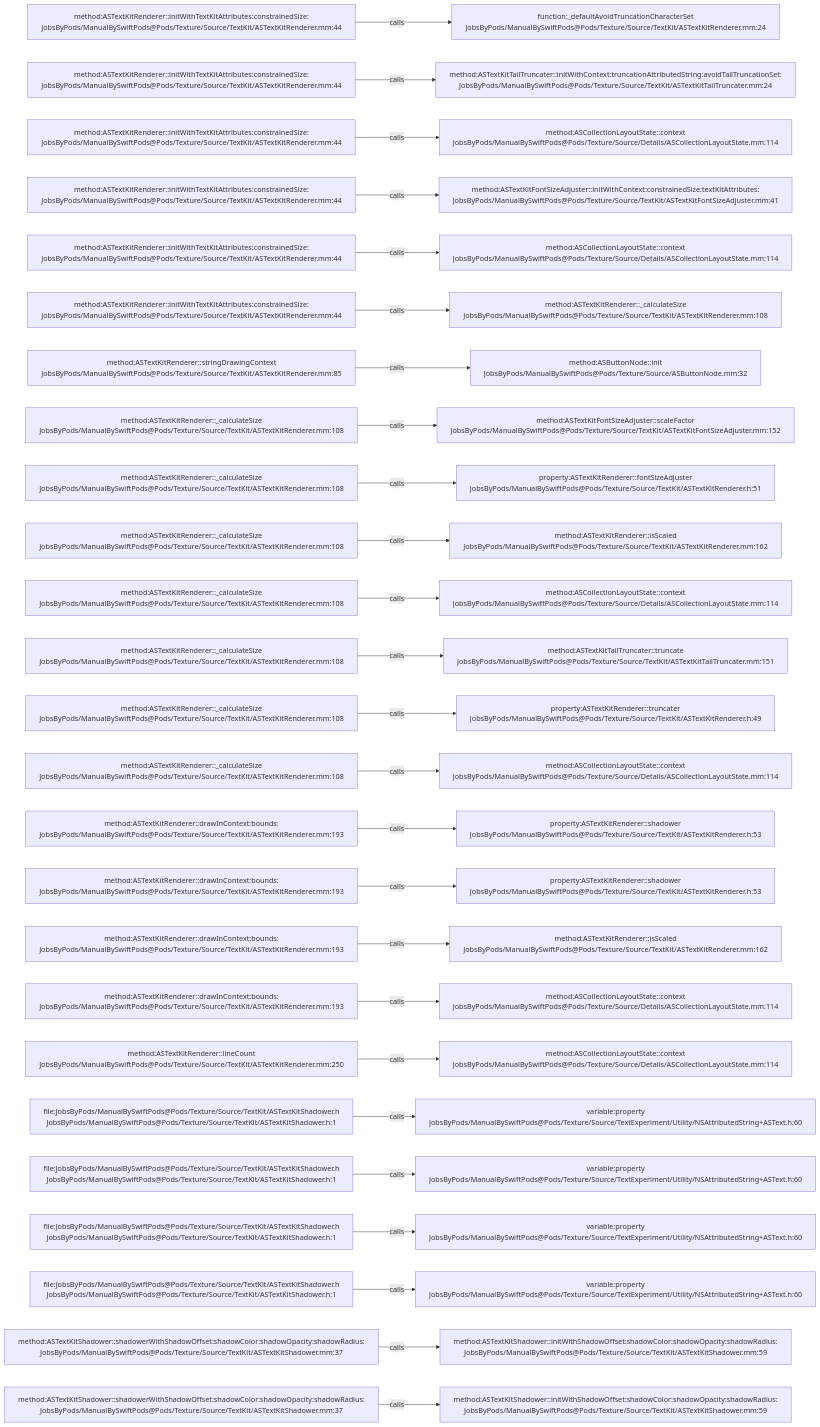
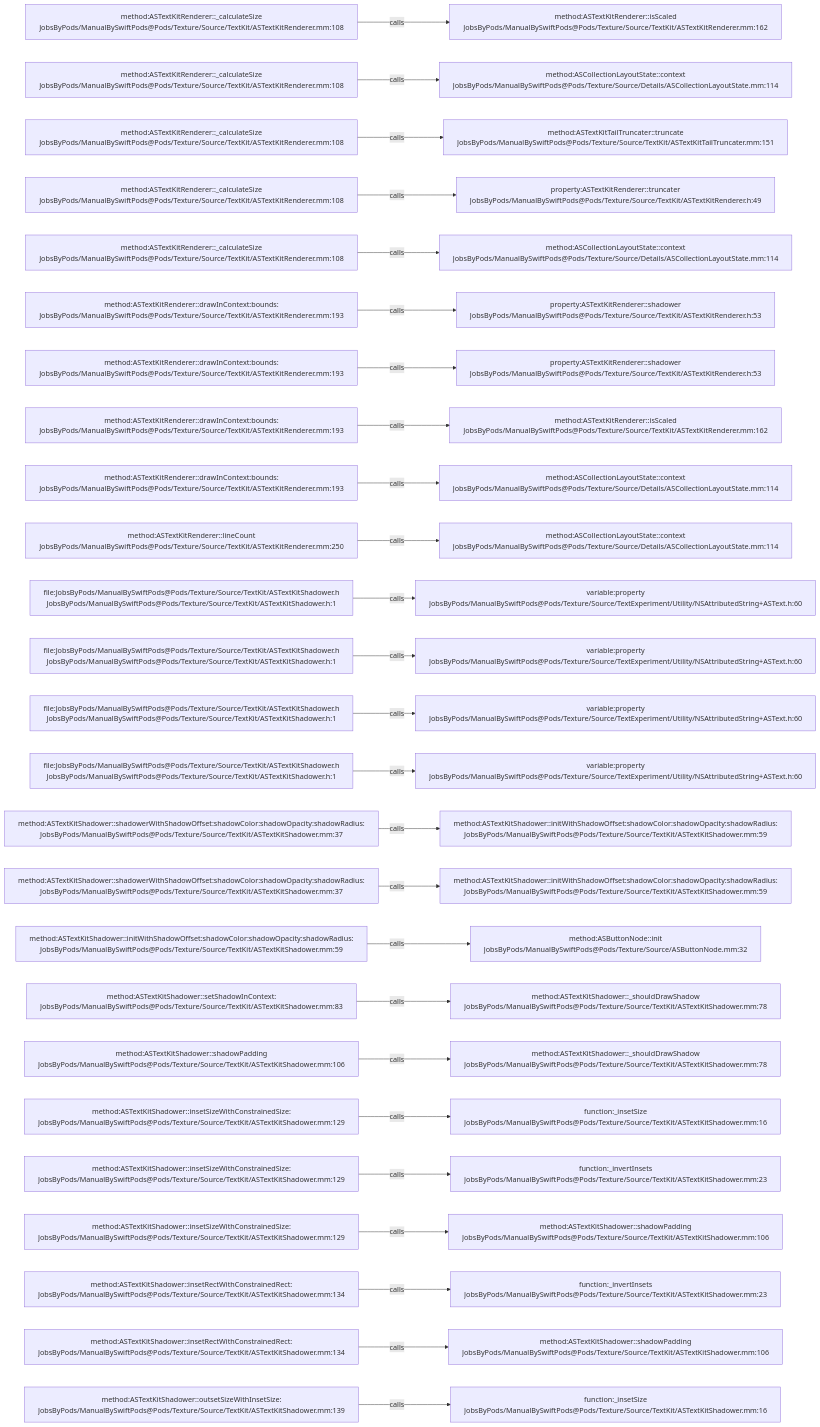
The diagram in .codegraph/codegraph.md/graphs/calls-150.md (JobsKits/JobsSwiftBaseConfigDemo), drawn with Mermaid before and after one commit. The commit also changed 707 other files, not shown here.

````diff
--- a/.codegraph/codegraph.md/graphs/calls-150.md
+++ b/.codegraph/codegraph.md/graphs/calls-150.md
@@ -13,78 +13,78 @@
 ```mermaid
 flowchart LR
-  S1["method:ASTextKitRenderer::initWithTextKitAttributes:constrainedSize:<br/>JobsByPods/ManualBySwiftPods@Pods/Texture/Source/TextKit/ASTextKitRenderer.mm:44"]
-  T1["function:_defaultAvoidTruncationCharacterSet<br/>JobsByPods/ManualBySwiftPods@Pods/Texture/Source/TextKit/ASTextKitRenderer.mm:24"]
+  S1["method:ASTextKitRenderer::_calculateSize<br/>JobsByPods/ManualBySwiftPods@Pods/Texture/Source/TextKit/ASTextKitRenderer.mm:108"]
+  T1["method:ASTextKitRenderer::isScaled<br/>JobsByPods/ManualBySwiftPods@Pods/Texture/Source/TextKit/ASTextKitRenderer.mm:162"]
   S1 -->|calls| T1
-  S2["method:ASTextKitRenderer::initWithTextKitAttributes:constrainedSize:<br/>JobsByPods/ManualBySwiftPods@Pods/Texture/Source/TextKit/ASTextKitRenderer.mm:44"]
-  T2["method:ASTextKitTailTruncater::initWithContext:truncationAttributedString:avoidTailTruncationSet:<br/>JobsByPods/ManualBySwiftPods@Pods/Texture/Source/TextKit/ASTextKitTailTruncater.mm:24"]
+  S2["method:ASTextKitRenderer::_calculateSize<br/>JobsByPods/ManualBySwiftPods@Pods/Texture/Source/TextKit/ASTextKitRenderer.mm:108"]
+  T2["method:ASCollectionLayoutState::context<br/>JobsByPods/ManualBySwiftPods@Pods/Texture/Source/Details/ASCollectionLayoutState.mm:114"]
   S2 -->|calls| T2
-  S3["method:ASTextKitRenderer::initWithTextKitAttributes:constrainedSize:<br/>JobsByPods/ManualBySwiftPods@Pods/Texture/Source/TextKit/ASTextKitRenderer.mm:44"]
-  T3["method:ASCollectionLayoutState::context<br/>JobsByPods/ManualBySwiftPods@Pods/Texture/Source/Details/ASCollectionLayoutState.mm:114"]
+  S3["method:ASTextKitRenderer::_calculateSize<br/>JobsByPods/ManualBySwiftPods@Pods/Texture/Source/TextKit/ASTextKitRenderer.mm:108"]
+  T3["method:ASTextKitTailTruncater::truncate<br/>JobsByPods/ManualBySwiftPods@Pods/Texture/Source/TextKit/ASTextKitTailTruncater.mm:151"]
   S3 -->|calls| T3
-  S4["method:ASTextKitRenderer::initWithTextKitAttributes:constrainedSize:<br/>JobsByPods/ManualBySwiftPods@Pods/Texture/Source/TextKit/ASTextKitRenderer.mm:44"]
-  T4["method:ASTextKitFontSizeAdjuster::initWithContext:constrainedSize:textKitAttributes:<br/>JobsByPods/ManualBySwiftPods@Pods/Texture/Source/TextKit/ASTextKitFontSizeAdjuster.mm:41"]
+  S4["method:ASTextKitRenderer::_calculateSize<br/>JobsByPods/ManualBySwiftPods@Pods/Texture/Source/TextKit/ASTextKitRenderer.mm:108"]
+  T4["property:ASTextKitRenderer::truncater<br/>JobsByPods/ManualBySwiftPods@Pods/Texture/Source/TextKit/ASTextKitRenderer.h:49"]
   S4 -->|calls| T4
-  S5["method:ASTextKitRenderer::initWithTextKitAttributes:constrainedSize:<br/>JobsByPods/ManualBySwiftPods@Pods/Texture/Source/TextKit/ASTextKitRenderer.mm:44"]
+  S5["method:ASTextKitRenderer::_calculateSize<br/>JobsByPods/ManualBySwiftPods@Pods/Texture/Source/TextKit/ASTextKitRenderer.mm:108"]
   T5["method:ASCollectionLayoutState::context<br/>JobsByPods/ManualBySwiftPods@Pods/Texture/Source/Details/ASCollectionLayoutState.mm:114"]
   S5 -->|calls| T5
-  S6["method:ASTextKitRenderer::initWithTextKitAttributes:constrainedSize:<br/>JobsByPods/ManualBySwiftPods@Pods/Texture/Source/TextKit/ASTextKitRenderer.mm:44"]
-  T6["method:ASTextKitRenderer::_calculateSize<br/>JobsByPods/ManualBySwiftPods@Pods/Texture/Source/TextKit/ASTextKitRenderer.mm:108"]
+  S6["method:ASTextKitRenderer::drawInContext:bounds:<br/>JobsByPods/ManualBySwiftPods@Pods/Texture/Source/TextKit/ASTextKitRenderer.mm:193"]
+  T6["property:ASTextKitRenderer::shadower<br/>JobsByPods/ManualBySwiftPods@Pods/Texture/Source/TextKit/ASTextKitRenderer.h:53"]
   S6 -->|calls| T6
-  S7["method:ASTextKitRenderer::stringDrawingContext<br/>JobsByPods/ManualBySwiftPods@Pods/Texture/Source/TextKit/ASTextKitRenderer.mm:85"]
-  T7["method:ASButtonNode::init<br/>JobsByPods/ManualBySwiftPods@Pods/Texture/Source/ASButtonNode.mm:32"]
+  S7["method:ASTextKitRenderer::drawInContext:bounds:<br/>JobsByPods/ManualBySwiftPods@Pods/Texture/Source/TextKit/ASTextKitRenderer.mm:193"]
+  T7["property:ASTextKitRenderer::shadower<br/>JobsByPods/ManualBySwiftPods@Pods/Texture/Source/TextKit/ASTextKitRenderer.h:53"]
   S7 -->|calls| T7
-  S8["method:ASTextKitRenderer::_calculateSize<br/>JobsByPods/ManualBySwiftPods@Pods/Texture/Source/TextKit/ASTextKitRenderer.mm:108"]
-  T8["method:ASTextKitFontSizeAdjuster::scaleFactor<br/>JobsByPods/ManualBySwiftPods@Pods/Texture/Source/TextKit/ASTextKitFontSizeAdjuster.mm:152"]
+  S8["method:ASTextKitRenderer::drawInContext:bounds:<br/>JobsByPods/ManualBySwiftPods@Pods/Texture/Source/TextKit/ASTextKitRenderer.mm:193"]
+  T8["method:ASTextKitRenderer::isScaled<br/>JobsByPods/ManualBySwiftPods@Pods/Texture/Source/TextKit/ASTextKitRenderer.mm:162"]
   S8 -->|calls| T8
-  S9["method:ASTextKitRenderer::_calculateSize<br/>JobsByPods/ManualBySwiftPods@Pods/Texture/Source/TextKit/ASTextKitRenderer.mm:108"]
-  T9["property:ASTextKitRenderer::fontSizeAdjuster<br/>JobsByPods/ManualBySwiftPods@Pods/Texture/Source/TextKit/ASTextKitRenderer.h:51"]
+  S9["method:ASTextKitRenderer::drawInContext:bounds:<br/>JobsByPods/ManualBySwiftPods@Pods/Texture/Source/TextKit/ASTextKitRenderer.mm:193"]
+  T9["method:ASCollectionLayoutState::context<br/>JobsByPods/ManualBySwiftPods@Pods/Texture/Source/Details/ASCollectionLayoutState.mm:114"]
   S9 -->|calls| T9
-  S10["method:ASTextKitRenderer::_calculateSize<br/>JobsByPods/ManualBySwiftPods@Pods/Texture/Source/TextKit/ASTextKitRenderer.mm:108"]
-  T10["method:ASTextKitRenderer::isScaled<br/>JobsByPods/ManualBySwiftPods@Pods/Texture/Source/TextKit/ASTextKitRenderer.mm:162"]
+  S10["method:ASTextKitRenderer::lineCount<br/>JobsByPods/ManualBySwiftPods@Pods/Texture/Source/TextKit/ASTextKitRenderer.mm:250"]
+  T10["method:ASCollectionLayoutState::context<br/>JobsByPods/ManualBySwiftPods@Pods/Texture/Source/Details/ASCollectionLayoutState.mm:114"]
   S10 -->|calls| T10
-  S11["method:ASTextKitRenderer::_calculateSize<br/>JobsByPods/ManualBySwiftPods@Pods/Texture/Source/TextKit/ASTextKitRenderer.mm:108"]
-  T11["method:ASCollectionLayoutState::context<br/>JobsByPods/ManualBySwiftPods@Pods/Texture/Source/Details/ASCollectionLayoutState.mm:114"]
+  S11["file:JobsByPods/ManualBySwiftPods@Pods/Texture/Source/TextKit/ASTextKitShadower.h<br/>JobsByPods/ManualBySwiftPods@Pods/Texture/Source/TextKit/ASTextKitShadower.h:1"]
+  T11["variable:property<br/>JobsByPods/ManualBySwiftPods@Pods/Texture/Source/TextExperiment/Utility/NSAttributedString+ASText.h:60"]
   S11 -->|calls| T11
-  S12["method:ASTextKitRenderer::_calculateSize<br/>JobsByPods/ManualBySwiftPods@Pods/Texture/Source/TextKit/ASTextKitRenderer.mm:108"]
-  T12["method:ASTextKitTailTruncater::truncate<br/>JobsByPods/ManualBySwiftPods@Pods/Texture/Source/TextKit/ASTextKitTailTruncater.mm:151"]
+  S12["file:JobsByPods/ManualBySwiftPods@Pods/Texture/Source/TextKit/ASTextKitShadower.h<br/>JobsByPods/ManualBySwiftPods@Pods/Texture/Source/TextKit/ASTextKitShadower.h:1"]
+  T12["variable:property<br/>JobsByPods/ManualBySwiftPods@Pods/Texture/Source/TextExperiment/Utility/NSAttributedString+ASText.h:60"]
   S12 -->|calls| T12
-  S13["method:ASTextKitRenderer::_calculateSize<br/>JobsByPods/ManualBySwiftPods@Pods/Texture/Source/TextKit/ASTextKitRenderer.mm:108"]
-  T13["property:ASTextKitRenderer::truncater<br/>JobsByPods/ManualBySwiftPods@Pods/Texture/Source/TextKit/ASTextKitRenderer.h:49"]
+  S13["file:JobsByPods/ManualBySwiftPods@Pods/Texture/Source/TextKit/ASTextKitShadower.h<br/>JobsByPods/ManualBySwiftPods@Pods/Texture/Source/TextKit/ASTextKitShadower.h:1"]
+  T13["variable:property<br/>JobsByPods/ManualBySwiftPods@Pods/Texture/Source/TextExperiment/Utility/NSAttributedString+ASText.h:60"]
   S13 -->|calls| T13
-  S14["method:ASTextKitRenderer::_calculateSize<br/>JobsByPods/ManualBySwiftPods@Pods/Texture/Source/TextKit/ASTextKitRenderer.mm:108"]
-  T14["method:ASCollectionLayoutState::context<br/>JobsByPods/ManualBySwiftPods@Pods/Texture/Source/Details/ASCollectionLayoutState.mm:114"]
+  S14["file:JobsByPods/ManualBySwiftPods@Pods/Texture/Source/TextKit/ASTextKitShadower.h<br/>JobsByPods/ManualBySwiftPods@Pods/Texture/Source/TextKit/ASTextKitShadower.h:1"]
+  T14["variable:property<br/>JobsByPods/ManualBySwiftPods@Pods/Texture/Source/TextExperiment/Utility/NSAttributedString+ASText.h:60"]
   S14 -->|calls| T14
-  S15["method:ASTextKitRenderer::drawInContext:bounds:<br/>JobsByPods/ManualBySwiftPods@Pods/Texture/Source/TextKit/ASTextKitRenderer.mm:193"]
-  T15["property:ASTextKitRenderer::shadower<br/>JobsByPods/ManualBySwiftPods@Pods/Texture/Source/TextKit/ASTextKitRenderer.h:53"]
+  S15["method:ASTextKitShadower::shadowerWithShadowOffset:shadowColor:shadowOpacity:shadowRadius:<br/>JobsByPods/ManualBySwiftPods@Pods/Texture/Source/TextKit/ASTextKitShadower.mm:37"]
+  T15["method:ASTextKitShadower::initWithShadowOffset:shadowColor:shadowOpacity:shadowRadius:<br/>JobsByPods/ManualBySwiftPods@Pods/Texture/Source/TextKit/ASTextKitShadower.mm:59"]
   S15 -->|calls| T15
-  S16["method:ASTextKitRenderer::drawInContext:bounds:<br/>JobsByPods/ManualBySwiftPods@Pods/Texture/Source/TextKit/ASTextKitRenderer.mm:193"]
-  T16["property:ASTextKitRenderer::shadower<br/>JobsByPods/ManualBySwiftPods@Pods/Texture/Source/TextKit/ASTextKitRenderer.h:53"]
+  S16["method:ASTextKitShadower::shadowerWithShadowOffset:shadowColor:shadowOpacity:shadowRadius:<br/>JobsByPods/ManualBySwiftPods@Pods/Texture/Source/TextKit/ASTextKitShadower.mm:37"]
+  T16["method:ASTextKitShadower::initWithShadowOffset:shadowColor:shadowOpacity:shadowRadius:<br/>JobsByPods/ManualBySwiftPods@Pods/Texture/Source/TextKit/ASTextKitShadower.mm:59"]
   S16 -->|calls| T16
-  S17["method:ASTextKitRenderer::drawInContext:bounds:<br/>JobsByPods/ManualBySwiftPods@Pods/Texture/Source/TextKit/ASTextKitRenderer.mm:193"]
-  T17["method:ASTextKitRenderer::isScaled<br/>JobsByPods/ManualBySwiftPods@Pods/Texture/Source/TextKit/ASTextKitRenderer.mm:162"]
+  S17["method:ASTextKitShadower::initWithShadowOffset:shadowColor:shadowOpacity:shadowRadius:<br/>JobsByPods/ManualBySwiftPods@Pods/Texture/Source/TextKit/ASTextKitShadower.mm:59"]
+  T17["method:ASButtonNode::init<br/>JobsByPods/ManualBySwiftPods@Pods/Texture/Source/ASButtonNode.mm:32"]
   S17 -->|calls| T17
-  S18["method:ASTextKitRenderer::drawInContext:bounds:<br/>JobsByPods/ManualBySwiftPods@Pods/Texture/Source/TextKit/ASTextKitRenderer.mm:193"]
-  T18["method:ASCollectionLayoutState::context<br/>JobsByPods/ManualBySwiftPods@Pods/Texture/Source/Details/ASCollectionLayoutState.mm:114"]
+  S18["method:ASTextKitShadower::setShadowInContext:<br/>JobsByPods/ManualBySwiftPods@Pods/Texture/Source/TextKit/ASTextKitShadower.mm:83"]
+  T18["method:ASTextKitShadower::_shouldDrawShadow<br/>JobsByPods/ManualBySwiftPods@Pods/Texture/Source/TextKit/ASTextKitShadower.mm:78"]
   S18 -->|calls| T18
-  S19["method:ASTextKitRenderer::lineCount<br/>JobsByPods/ManualBySwiftPods@Pods/Texture/Source/TextKit/ASTextKitRenderer.mm:250"]
-  T19["method:ASCollectionLayoutState::context<br/>JobsByPods/ManualBySwiftPods@Pods/Texture/Source/Details/ASCollectionLayoutState.mm:114"]
+  S19["method:ASTextKitShadower::shadowPadding<br/>JobsByPods/ManualBySwiftPods@Pods/Texture/Source/TextKit/ASTextKitShadower.mm:106"]
+  T19["method:ASTextKitShadower::_shouldDrawShadow<br/>JobsByPods/ManualBySwiftPods@Pods/Texture/Source/TextKit/ASTextKitShadower.mm:78"]
   S19 -->|calls| T19
-  S20["file:JobsByPods/ManualBySwiftPods@Pods/Texture/Source/TextKit/ASTextKitShadower.h<br/>JobsByPods/ManualBySwiftPods@Pods/Texture/Source/TextKit/ASTextKitShadower.h:1"]
-  T20["variable:property<br/>JobsByPods/ManualBySwiftPods@Pods/Texture/Source/TextExperiment/Utility/NSAttributedString+ASText.h:60"]
+  S20["method:ASTextKitShadower::insetSizeWithConstrainedSize:<br/>JobsByPods/ManualBySwiftPods@Pods/Texture/Source/TextKit/ASTextKitShadower.mm:129"]
+  T20["function:_insetSize<br/>JobsByPods/ManualBySwiftPods@Pods/Texture/Source/TextKit/ASTextKitShadower.mm:16"]
   S20 -->|calls| T20
-  S21["file:JobsByPods/ManualBySwiftPods@Pods/Texture/Source/TextKit/ASTextKitShadower.h<br/>JobsByPods/ManualBySwiftPods@Pods/Texture/Source/TextKit/ASTextKitShadower.h:1"]
-  T21["variable:property<br/>JobsByPods/ManualBySwiftPods@Pods/Texture/Source/TextExperiment/Utility/NSAttributedString+ASText.h:60"]
+  S21["method:ASTextKitShadower::insetSizeWithConstrainedSize:<br/>JobsByPods/ManualBySwiftPods@Pods/Texture/Source/TextKit/ASTextKitShadower.mm:129"]
+  T21["function:_invertInsets<br/>JobsByPods/ManualBySwiftPods@Pods/Texture/Source/TextKit/ASTextKitShadower.mm:23"]
   S21 -->|calls| T21
-  S22["file:JobsByPods/ManualBySwiftPods@Pods/Texture/Source/TextKit/ASTextKitShadower.h<br/>JobsByPods/ManualBySwiftPods@Pods/Texture/Source/TextKit/ASTextKitShadower.h:1"]
-  T22["variable:property<br/>JobsByPods/ManualBySwiftPods@Pods/Texture/Source/TextExperiment/Utility/NSAttributedString+ASText.h:60"]
+  S22["method:ASTextKitShadower::insetSizeWithConstrainedSize:<br/>JobsByPods/ManualBySwiftPods@Pods/Texture/Source/TextKit/ASTextKitShadower.mm:129"]
+  T22["method:ASTextKitShadower::shadowPadding<br/>JobsByPods/ManualBySwiftPods@Pods/Texture/Source/TextKit/ASTextKitShadower.mm:106"]
   S22 -->|calls| T22
-  S23["file:JobsByPods/ManualBySwiftPods@Pods/Texture/Source/TextKit/ASTextKitShadower.h<br/>JobsByPods/ManualBySwiftPods@Pods/Texture/Source/TextKit/ASTextKitShadower.h:1"]
-  T23["variable:property<br/>JobsByPods/ManualBySwiftPods@Pods/Texture/Source/TextExperiment/Utility/NSAttributedString+ASText.h:60"]
+  S23["method:ASTextKitShadower::insetRectWithConstrainedRect:<br/>JobsByPods/ManualBySwiftPods@Pods/Texture/Source/TextKit/ASTextKitShadower.mm:134"]
+  T23["function:_invertInsets<br/>JobsByPods/ManualBySwiftPods@Pods/Texture/Source/TextKit/ASTextKitShadower.mm:23"]
   S23 -->|calls| T23
-  S24["method:ASTextKitShadower::shadowerWithShadowOffset:shadowColor:shadowOpacity:shadowRadius:<br/>JobsByPods/ManualBySwiftPods@Pods/Texture/Source/TextKit/ASTextKitShadower.mm:37"]
-  T24["method:ASTextKitShadower::initWithShadowOffset:shadowColor:shadowOpacity:shadowRadius:<br/>JobsByPods/ManualBySwiftPods@Pods/Texture/Source/TextKit/ASTextKitShadower.mm:59"]
+  S24["method:ASTextKitShadower::insetRectWithConstrainedRect:<br/>JobsByPods/ManualBySwiftPods@Pods/Texture/Source/TextKit/ASTextKitShadower.mm:134"]
+  T24["method:ASTextKitShadower::shadowPadding<br/>JobsByPods/ManualBySwiftPods@Pods/Texture/Source/TextKit/ASTextKitShadower.mm:106"]
   S24 -->|calls| T24
-  S25["method:ASTextKitShadower::shadowerWithShadowOffset:shadowColor:shadowOpacity:shadowRadius:<br/>JobsByPods/ManualBySwiftPods@Pods/Texture/Source/TextKit/ASTextKitShadower.mm:37"]
-  T25["method:ASTextKitShadower::initWithShadowOffset:shadowColor:shadowOpacity:shadowRadius:<br/>JobsByPods/ManualBySwiftPods@Pods/Texture/Source/TextKit/ASTextKitShadower.mm:59"]
+  S25["method:ASTextKitShadower::outsetSizeWithInsetSize:<br/>JobsByPods/ManualBySwiftPods@Pods/Texture/Source/TextKit/ASTextKitShadower.mm:139"]
+  T25["function:_insetSize<br/>JobsByPods/ManualBySwiftPods@Pods/Texture/Source/TextKit/ASTextKitShadower.mm:16"]
   S25 -->|calls| T25
 ```
````
